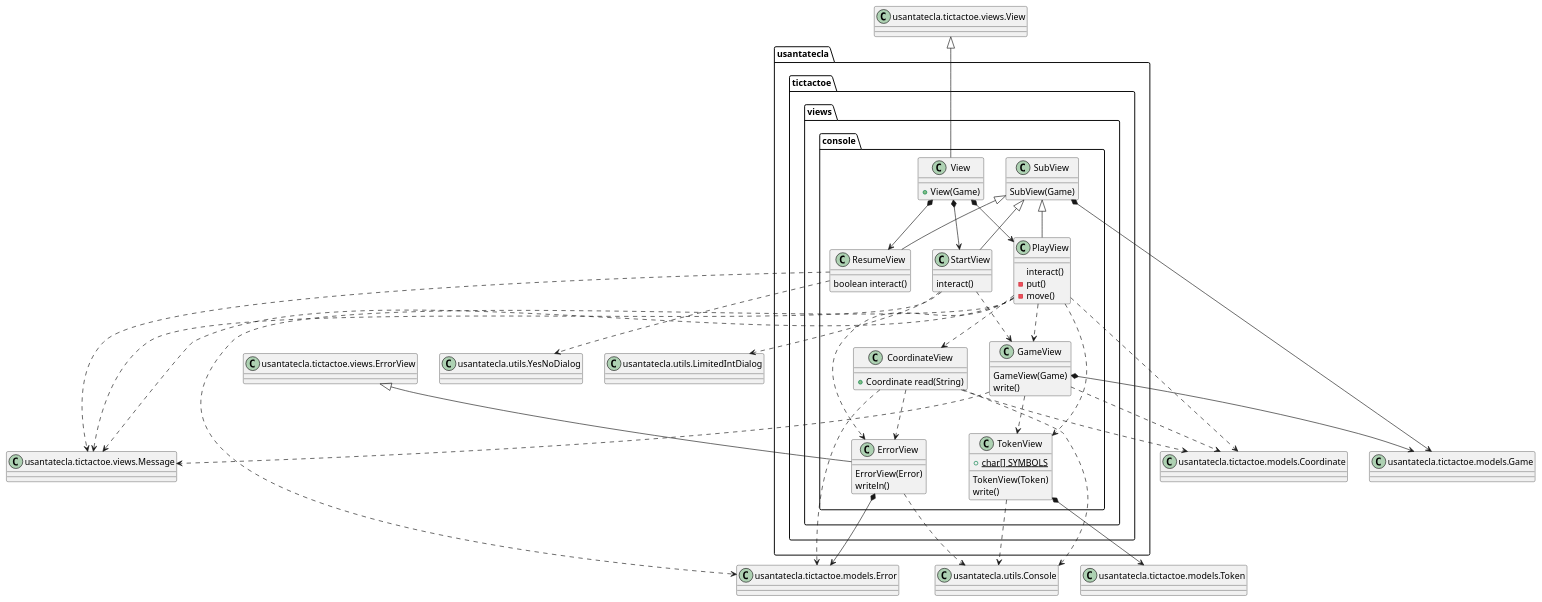
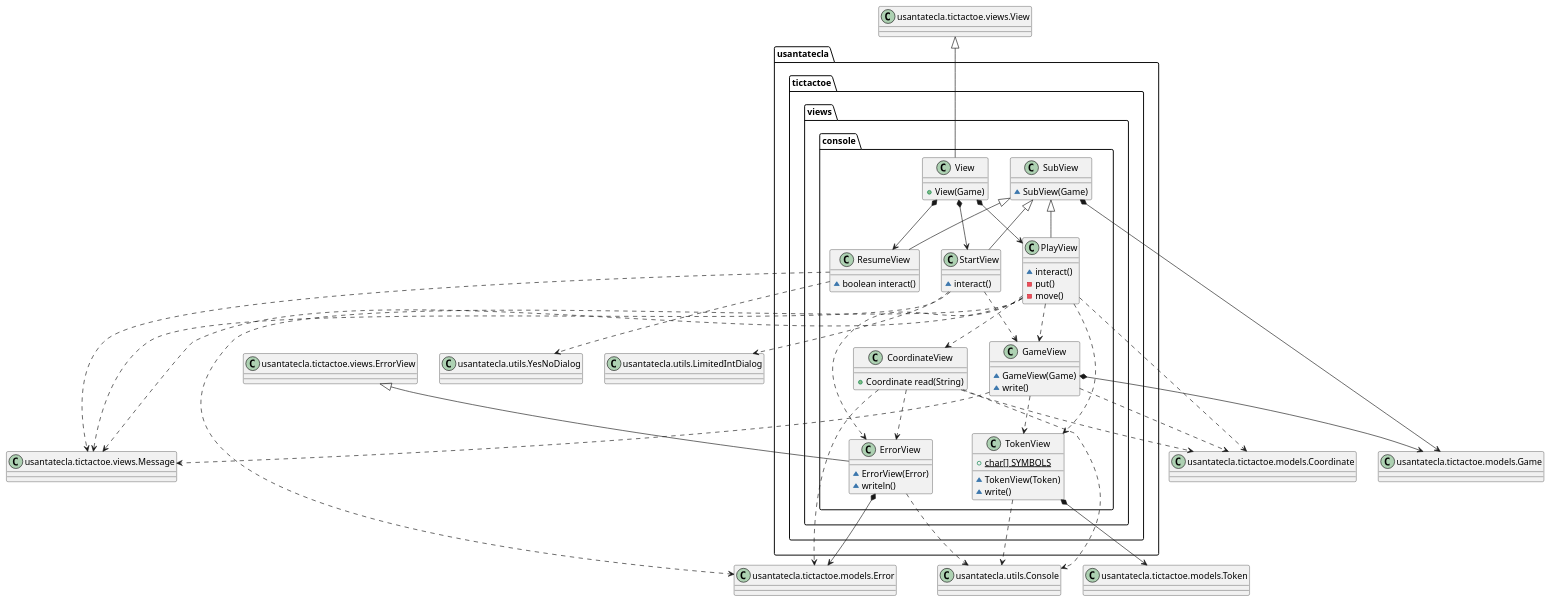
One commit to Jolucaa/USantaTecla-project-ticTacToe changed the third of 6 diagrams in documentView/withFactoryMethod/docs/diagrams/src/paquetes.plantuml. Above: the diagram before and after it, drawn with PlantUML. The commit also changed other lines of this file and 3 other files, not shown here.

Commit message:
documentView.WithFactoryMethod diagrams updated 4

```diff
--- a/documentView/withFactoryMethod/docs/diagrams/src/paquetes.plantuml
+++ b/documentView/withFactoryMethod/docs/diagrams/src/paquetes.plantuml
@@ -91,122 +91,122 @@
 @startuml tictactoe.views.console
 class usantatecla.tictactoe.views.console.CoordinateView {
 
     + Coordinate read(String)
 
 }
 
 usantatecla.tictactoe.views.console.CoordinateView ..> usantatecla.tictactoe.views.console.ErrorView
 
 class Coordinate as "usantatecla.tictactoe.models.Coordinate"
 class Error as "usantatecla.tictactoe.models.Error"
 class Console as "usantatecla.utils.Console"
 
 usantatecla.tictactoe.views.console.CoordinateView ..> Console
 usantatecla.tictactoe.views.console.CoordinateView ..> Error
 usantatecla.tictactoe.views.console.CoordinateView ..> Coordinate
 
 class usantatecla.tictactoe.views.console.ErrorView {
 
-	ErrorView(Error)
-	writeln()
+	~ ErrorView(Error)
+	~ writeln()
 
 }
 
 class ErrorView as "usantatecla.tictactoe.views.ErrorView"
 
 ErrorView <|-- usantatecla.tictactoe.views.console.ErrorView
 usantatecla.tictactoe.views.console.ErrorView ..> Console
 usantatecla.tictactoe.views.console.ErrorView *--> Error
 
 class usantatecla.tictactoe.views.console.GameView {
 
-    GameView(Game)
-	write()
+    ~ GameView(Game)
+	~ write()
 
 }
 
 class Game as "usantatecla.tictactoe.models.Game"
 class Message as "usantatecla.tictactoe.views.Message"
 
 usantatecla.tictactoe.views.console.GameView *--> Game
 usantatecla.tictactoe.views.console.GameView ..> Coordinate
 usantatecla.tictactoe.views.console.GameView ..> Message
 usantatecla.tictactoe.views.console.GameView ..> usantatecla.tictactoe.views.console.TokenView
 
 class usantatecla.tictactoe.views.console.SubView {
 
-	SubView(Game)
+	~ SubView(Game)
 
 }
 
 usantatecla.tictactoe.views.console.SubView *--> Game
 
 class usantatecla.tictactoe.views.console.PlayView {
 
-    interact()
+    ~ interact()
     - put()
     - move()
 
 }
 
 usantatecla.tictactoe.views.console.SubView <|-- usantatecla.tictactoe.views.console.PlayView
 usantatecla.tictactoe.views.console.PlayView ..> Coordinate
 usantatecla.tictactoe.views.console.PlayView ..> Message
 usantatecla.tictactoe.views.console.PlayView ..> Error
 usantatecla.tictactoe.views.console.PlayView ..> usantatecla.tictactoe.views.console.ErrorView
 usantatecla.tictactoe.views.console.PlayView ..> usantatecla.tictactoe.views.console.CoordinateView
 usantatecla.tictactoe.views.console.PlayView ..> usantatecla.tictactoe.views.console.GameView
 usantatecla.tictactoe.views.console.PlayView ..> usantatecla.tictactoe.views.console.TokenView
 
 class usantatecla.tictactoe.views.console.ResumeView {
 
-	boolean interact()
+	~ boolean interact()
 
 }
 
 class YesNoDialog as "usantatecla.utils.YesNoDialog"
 
 usantatecla.tictactoe.views.console.SubView <|-- usantatecla.tictactoe.views.console.ResumeView
 usantatecla.tictactoe.views.console.ResumeView ..> Message
 usantatecla.tictactoe.views.console.ResumeView ..> YesNoDialog
 
 class usantatecla.tictactoe.views.console.StartView {
 
-	interact()
+	~ interact()
 
 }
 
 class LimitedIntDialog as "usantatecla.utils.LimitedIntDialog"
 
 usantatecla.tictactoe.views.console.SubView <|-- usantatecla.tictactoe.views.console.StartView
 usantatecla.tictactoe.views.console.StartView ..> Message
 usantatecla.tictactoe.views.console.StartView ..> LimitedIntDialog
 usantatecla.tictactoe.views.console.StartView ..> usantatecla.tictactoe.views.console.GameView
 
 class usantatecla.tictactoe.views.console.TokenView {
 
 	+ {static} char[] SYMBOLS
 
-	TokenView(Token)
-	write()
+	~ TokenView(Token)
+	~ write()
 
 }
 
 class Token as "usantatecla.tictactoe.models.Token"
 
 usantatecla.tictactoe.views.console.TokenView *--> Token
 usantatecla.tictactoe.views.console.TokenView ..> Console
 
 class usantatecla.tictactoe.views.console.View {
 
 	+ View(Game)
 
 }
 
 class View as "usantatecla.tictactoe.views.View"
 
 View <|-- usantatecla.tictactoe.views.console.View
 usantatecla.tictactoe.views.console.View *--> usantatecla.tictactoe.views.console.ResumeView
 usantatecla.tictactoe.views.console.View *--> usantatecla.tictactoe.views.console.PlayView
 usantatecla.tictactoe.views.console.View *--> usantatecla.tictactoe.views.console.StartView
 @enduml
```
